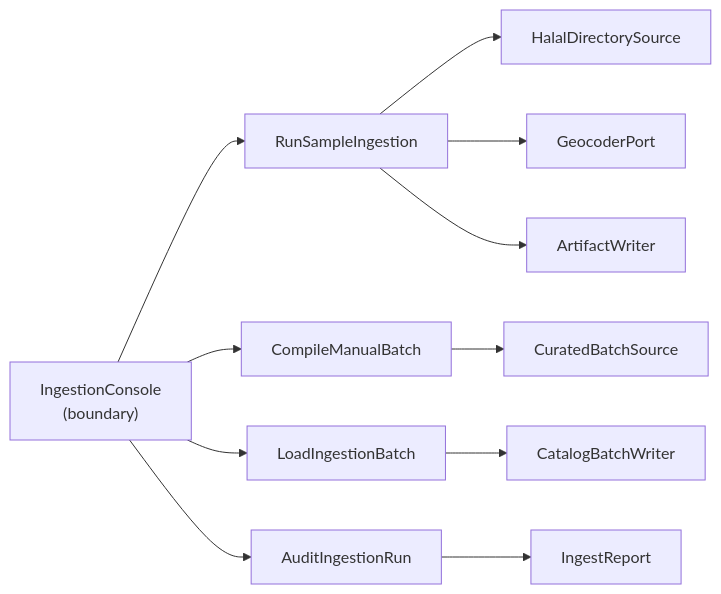
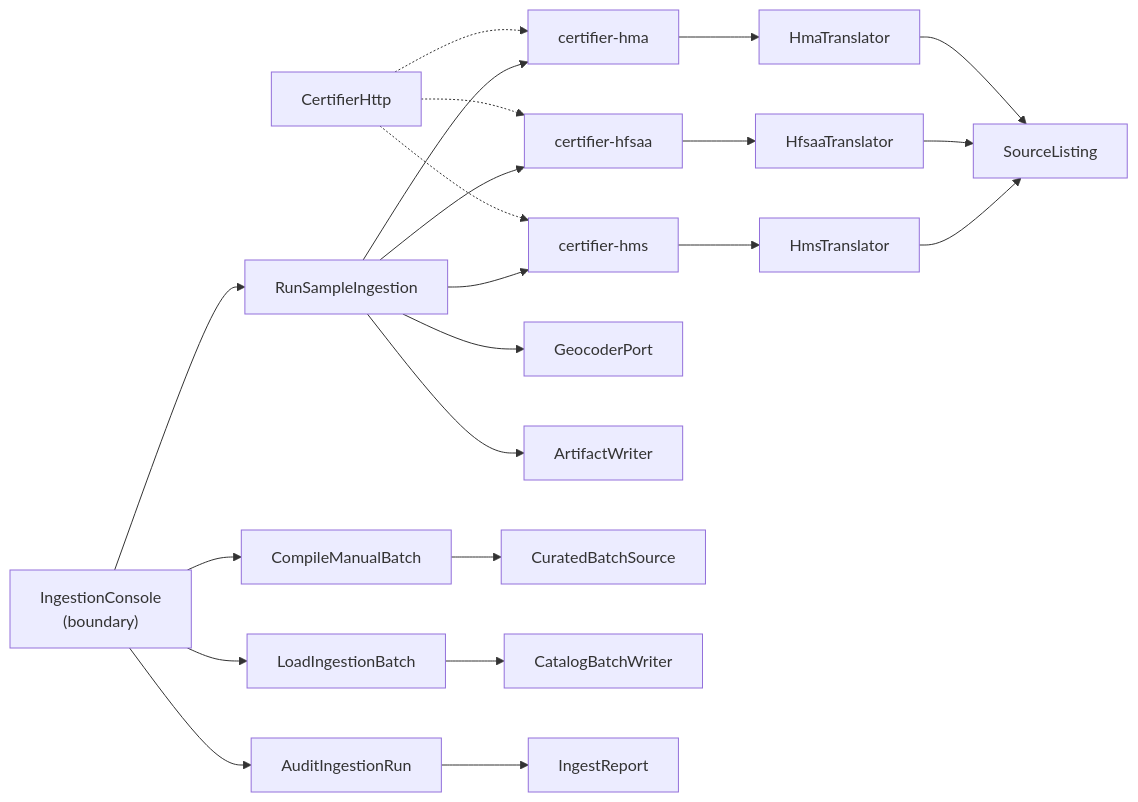
The first of 3 diagrams in docs/features/SC-211/05-class-diagram-system.md (Losers-Lab/tahirs-list), drawn with Mermaid before and after one commit. The commit also changed other lines of this file and 16 other files, not shown here.

````diff
--- a/docs/features/SC-211/05-class-diagram-system.md
+++ b/docs/features/SC-211/05-class-diagram-system.md
@@ -7,13 +7,24 @@
 ```mermaid
 flowchart LR
   B["IngestionConsole<br/>(boundary)"] --> C1[RunSampleIngestion]
   B --> C2[CompileManualBatch]
   B --> C3[LoadIngestionBatch]
   B --> C4[AuditIngestionRun]
-  C1 --> P1[HalalDirectorySource]
+  C1 --> L1[certifier-hms]
+  C1 --> L2[certifier-hfsaa]
+  C1 --> L3[certifier-hma]
+  L1 --> T1[HmsTranslator]
+  L2 --> T2[HfsaaTranslator]
+  L3 --> T3[HmaTranslator]
+  T1 --> SL[SourceListing]
+  T2 --> SL
+  T3 --> SL
   C1 --> P2[GeocoderPort]
   C1 --> P3[ArtifactWriter]
   C2 --> P4[CuratedBatchSource]
   C3 --> P5[CatalogBatchWriter]
   C4 --> R[IngestReport]
+  CORE[CertifierHttp] -.-> L1
+  CORE -.-> L2
+  CORE -.-> L3
 ```
````
